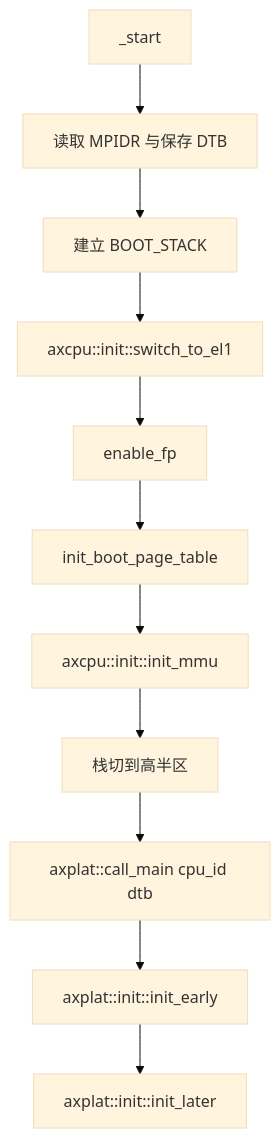
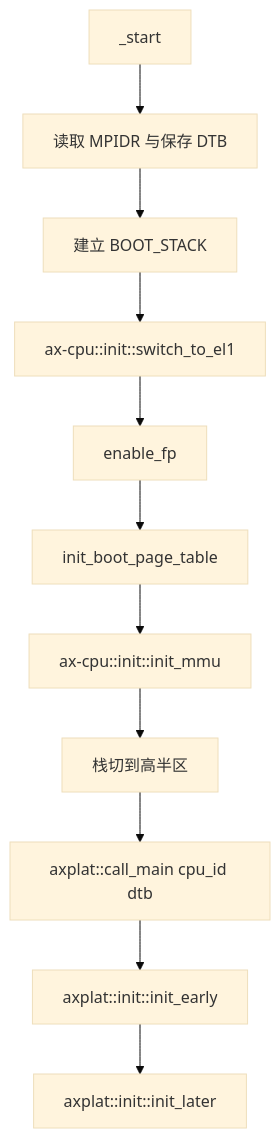
One commit to zKurisu/tgoskits changed the first of 2 diagrams in docs/crates/ax-plat-aarch64-raspi.md. Above: the diagram before and after it, drawn with Mermaid (base theme). The commit also changed other lines of this file and 106 other files, not shown here.

Commit message:
rename axcpu to ax-cpu

````diff
--- a/docs/crates/ax-plat-aarch64-raspi.md
+++ b/docs/crates/ax-plat-aarch64-raspi.md
@@ -41,13 +41,13 @@
 ```mermaid
 flowchart TD
     A[_start] --> B[读取 MPIDR 与保存 DTB]
     B --> C[建立 BOOT_STACK]
-    C --> D[axcpu::init::switch_to_el1]
+    C --> D[ax-cpu::init::switch_to_el1]
     D --> E[enable_fp]
     E --> F[init_boot_page_table]
-    F --> G[axcpu::init::init_mmu]
+    F --> G[ax-cpu::init::init_mmu]
     G --> H[栈切到高半区]
     H --> I[axplat::call_main cpu_id dtb]
     I --> J[axplat::init::init_early]
     J --> K[axplat::init::init_later]
 ```
````
